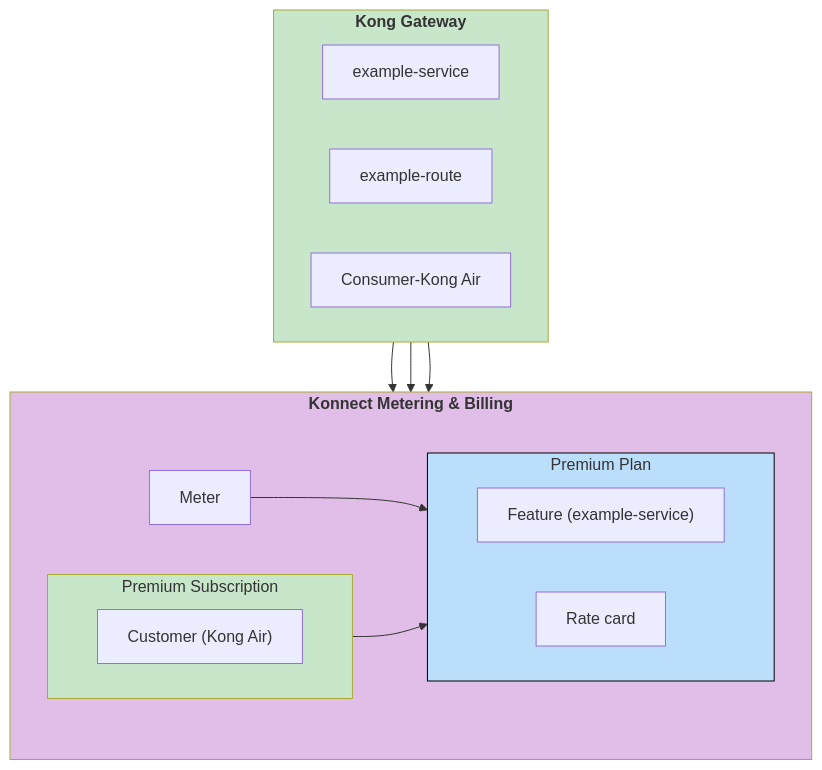
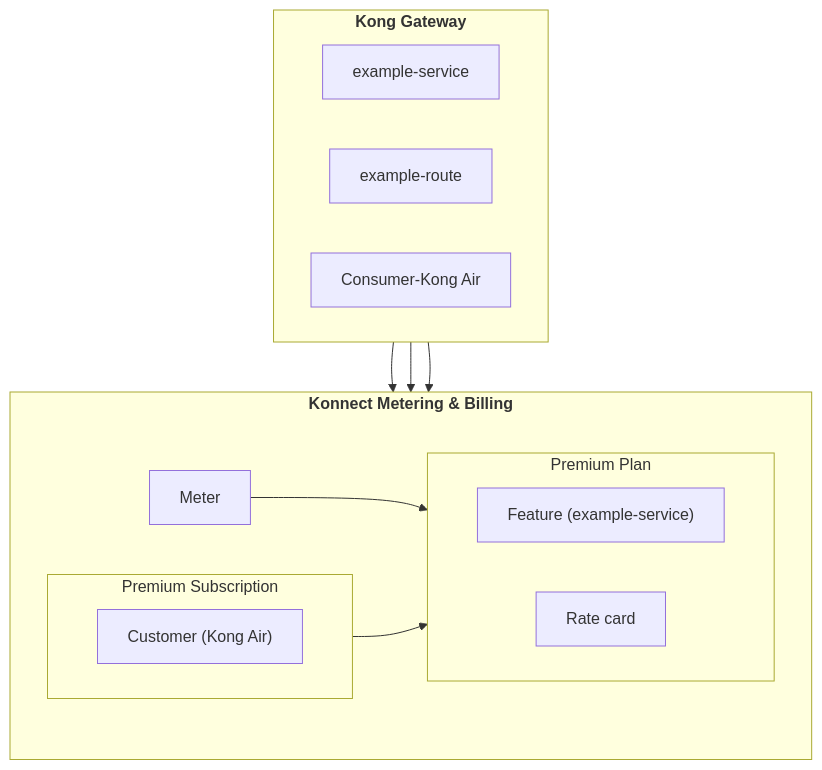
The diagram in app/_how-tos/get-started-with-metering-and-billing.md (Kong/developer.konghq.com), drawn with Mermaid before and after one commit.

Commit message:
remove colors

```diff
--- a/app/_how-tos/get-started-with-metering-and-billing.md
+++ b/app/_how-tos/get-started-with-metering-and-billing.md
@@ -73,32 +73,28 @@
 {% mermaid %}
 flowchart TB
   subgraph gateway["<b>Kong Gateway</b>"]
     direction LR
         service["example-service"]
         route["example-route"]
         consumer1["Consumer-Kong Air"]
   end
   subgraph metering["<b>Konnect Metering & Billing</b>"]
     direction LR
         meter["Meter"]
     subgraph plan["Premium Plan"]
       direction LR
           feature2["Feature (example-service)"]
           rate-card2["Rate card"]
     end
     subgraph subscription["Premium Subscription"]
       direction LR
           customer1["Customer (Kong Air)"]
     end
   end
     gateway --> metering
     service --> meter
     meter --> feature2
     consumer1 --> customer1
     subscription --> plan
 
-    style plan stroke:#000000,fill:#BBDEFB
-    style subscription fill:#C8E6C9
-    style gateway fill:#C8E6C9
-    style metering fill:#E1BEE7
 {% endmermaid %}
```
